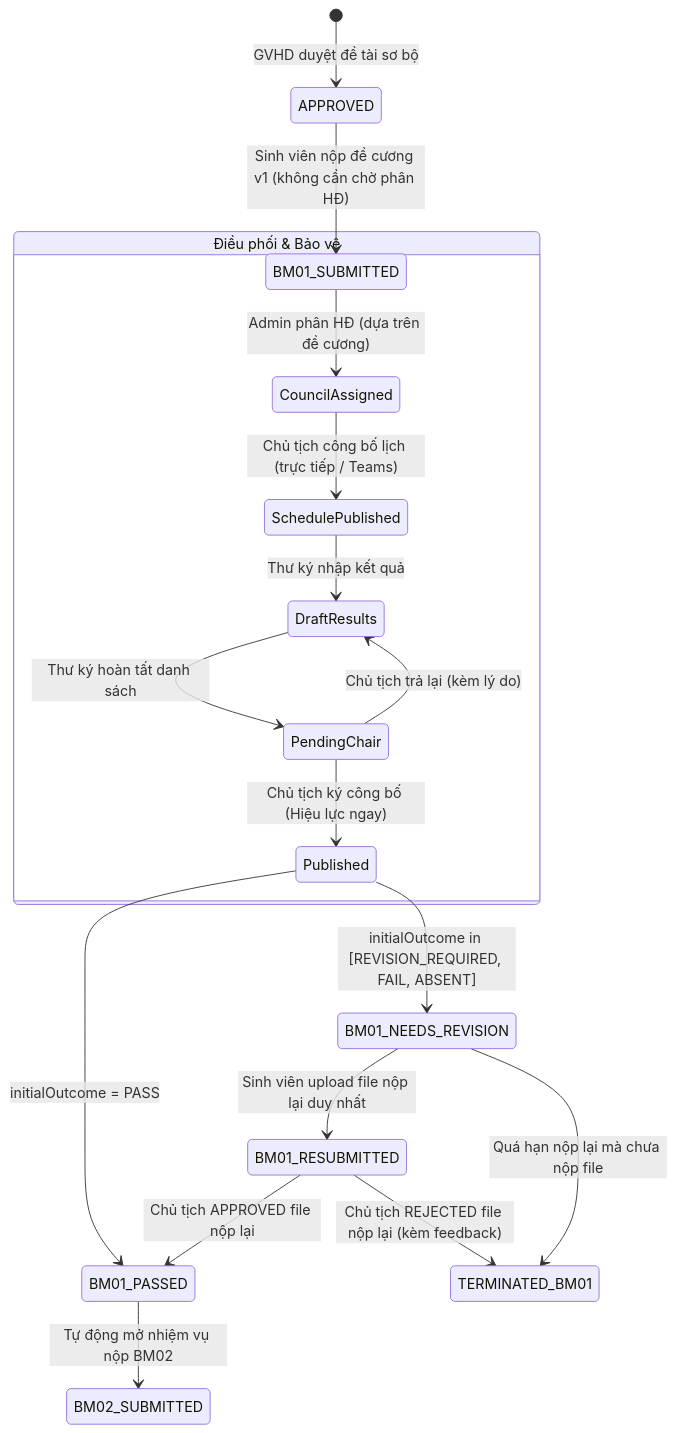
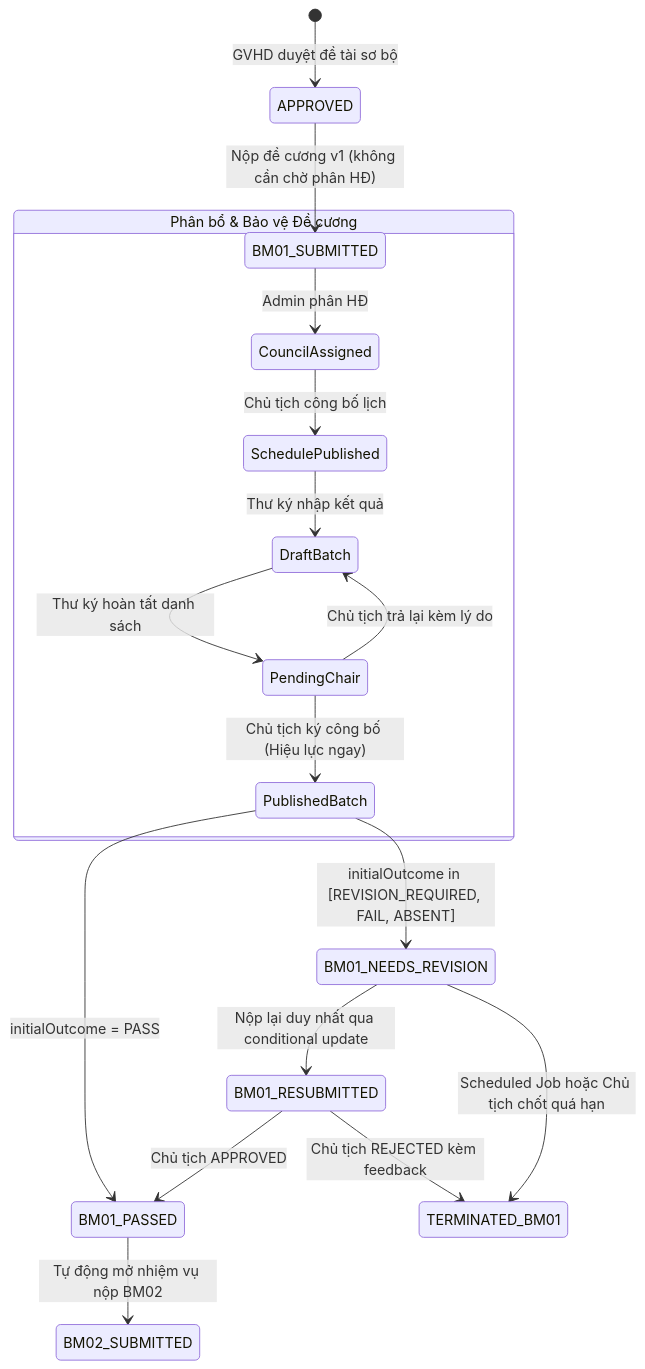
The second of 3 diagrams in docs/superpowers/specs/2026-11-10-outline-review-dossier-design.md (Cwuzto/DACN), drawn with Mermaid before and after one commit. The commit also changed other lines of this file, not shown here.

Commit message:
docs: refine design spec with atomic conditional updates, append-only batch versioning, and strict validations

````diff
--- a/docs/superpowers/specs/2026-11-10-outline-review-dossier-design.md
+++ b/docs/superpowers/specs/2026-11-10-outline-review-dossier-design.md
@@ -239,26 +276,26 @@
 ```mermaid
 stateDiagram-v2
     direction TB
     [*] --> APPROVED : GVHD duyệt đề tài sơ bộ
-    APPROVED --> BM01_SUBMITTED : Sinh viên nộp đề cương v1 (không cần chờ phân HĐ)
+    APPROVED --> BM01_SUBMITTED : Nộp đề cương v1 (không cần chờ phân HĐ)
     
-    state "Điều phối & Bảo vệ" as CouncilPhase {
-        BM01_SUBMITTED --> CouncilAssigned : Admin phân HĐ (dựa trên đề cương)
-        CouncilAssigned --> SchedulePublished : Chủ tịch công bố lịch (trực tiếp / Teams)
-        SchedulePublished --> DraftResults : Thư ký nhập kết quả
-        DraftResults --> PendingChair : Thư ký hoàn tất danh sách
-        PendingChair --> DraftResults : Chủ tịch trả lại (kèm lý do)
-        PendingChair --> Published : Chủ tịch ký công bố (Hiệu lực ngay)
+    state "Phân bổ & Bảo vệ Đề cương" as CouncilReviewSession {
+        BM01_SUBMITTED --> CouncilAssigned : Admin phân HĐ
+        CouncilAssigned --> SchedulePublished : Chủ tịch công bố lịch
+        SchedulePublished --> DraftBatch : Thư ký nhập kết quả
+        DraftBatch --> PendingChair : Thư ký hoàn tất danh sách
+        PendingChair --> DraftBatch : Chủ tịch trả lại kèm lý do
+        PendingChair --> PublishedBatch : Chủ tịch ký công bố (Hiệu lực ngay)
     }
 
-    Published --> BM01_PASSED : initialOutcome = PASS
-    Published --> BM01_NEEDS_REVISION : initialOutcome in [REVISION_REQUIRED, FAIL, ABSENT]
+    PublishedBatch --> BM01_PASSED : initialOutcome = PASS
+    PublishedBatch --> BM01_NEEDS_REVISION : initialOutcome in [REVISION_REQUIRED, FAIL, ABSENT]
     
-    BM01_NEEDS_REVISION --> BM01_RESUBMITTED : Sinh viên upload file nộp lại duy nhất
+    BM01_NEEDS_REVISION --> BM01_RESUBMITTED : Nộp lại duy nhất qua conditional update
     
-    BM01_RESUBMITTED --> BM01_PASSED : Chủ tịch APPROVED file nộp lại
-    BM01_RESUBMITTED --> TERMINATED_BM01 : Chủ tịch REJECTED file nộp lại (kèm feedback)
-    BM01_NEEDS_REVISION --> TERMINATED_BM01 : Quá hạn nộp lại mà chưa nộp file
+    BM01_RESUBMITTED --> BM01_PASSED : Chủ tịch APPROVED
+    BM01_RESUBMITTED --> TERMINATED_BM01 : Chủ tịch REJECTED kèm feedback
+    BM01_NEEDS_REVISION --> TERMINATED_BM01 : Scheduled Job hoặc Chủ tịch chốt quá hạn
     
     BM01_PASSED --> BM02_SUBMITTED : Tự động mở nhiệm vụ nộp BM02
 ```
````
